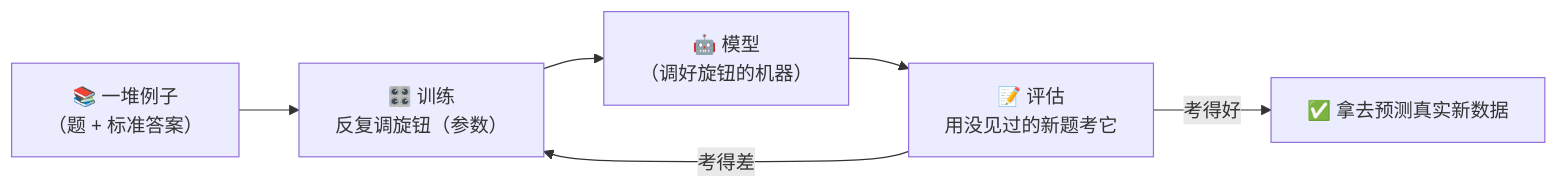
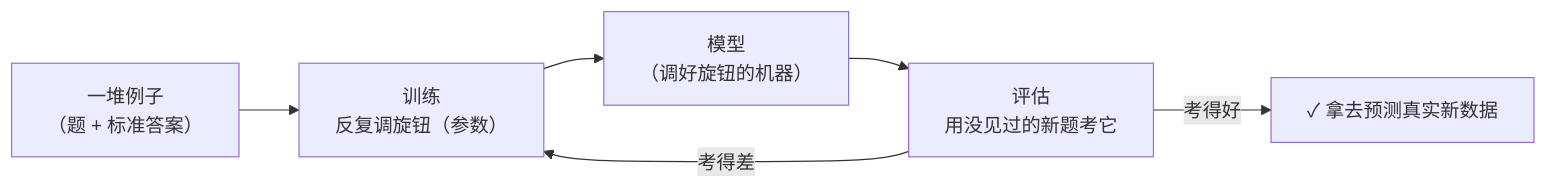
One commit to luckykhy/KhyAiHub changed the third of 6 diagrams in docs/02_CONCEPTS_概念入门/CONCEPT/[CONCEPT-12] 什么是机器学习-MachineLearning.md. Above: the diagram before and after it, drawn with Mermaid. The commit also changed other lines of this file and 19 other files, not shown here.

````diff
--- a/docs/02_CONCEPTS_概念入门/CONCEPT/[CONCEPT-12] 什么是机器学习-MachineLearning.md
+++ b/docs/02_CONCEPTS_概念入门/CONCEPT/[CONCEPT-12] 什么是机器学习-MachineLearning.md
@@ -142,8 +142,8 @@
 ```mermaid
 flowchart LR
-  D["📚 一堆例子<br/>（题 + 标准答案）"] --> T["🎛️ 训练<br/>反复调旋钮（参数）"]
-  T --> M["🤖 模型<br/>（调好旋钮的机器）"]
-  M --> E["📝 评估<br/>用没见过的新题考它"]
-  E -->|"考得好"| USE["✅ 拿去预测真实新数据"]
+  D["一堆例子<br/>（题 + 标准答案）"] --> T["训练<br/>反复调旋钮（参数）"]
+  T --> M["模型<br/>（调好旋钮的机器）"]
+  M --> E["评估<br/>用没见过的新题考它"]
+  E -->|"考得好"| USE["✓ 拿去预测真实新数据"]
   E -->|"考得差"| T
 ```
````
